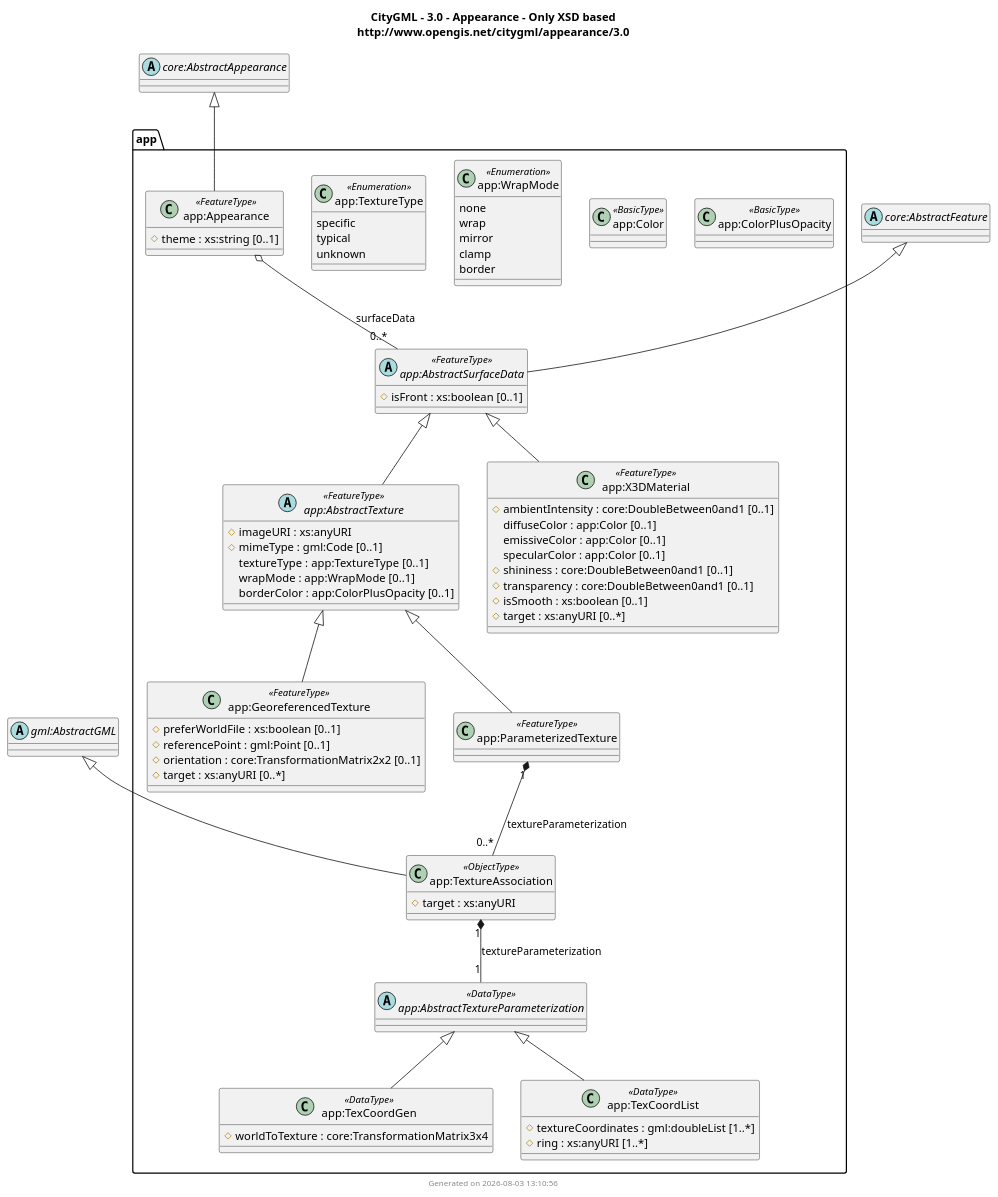
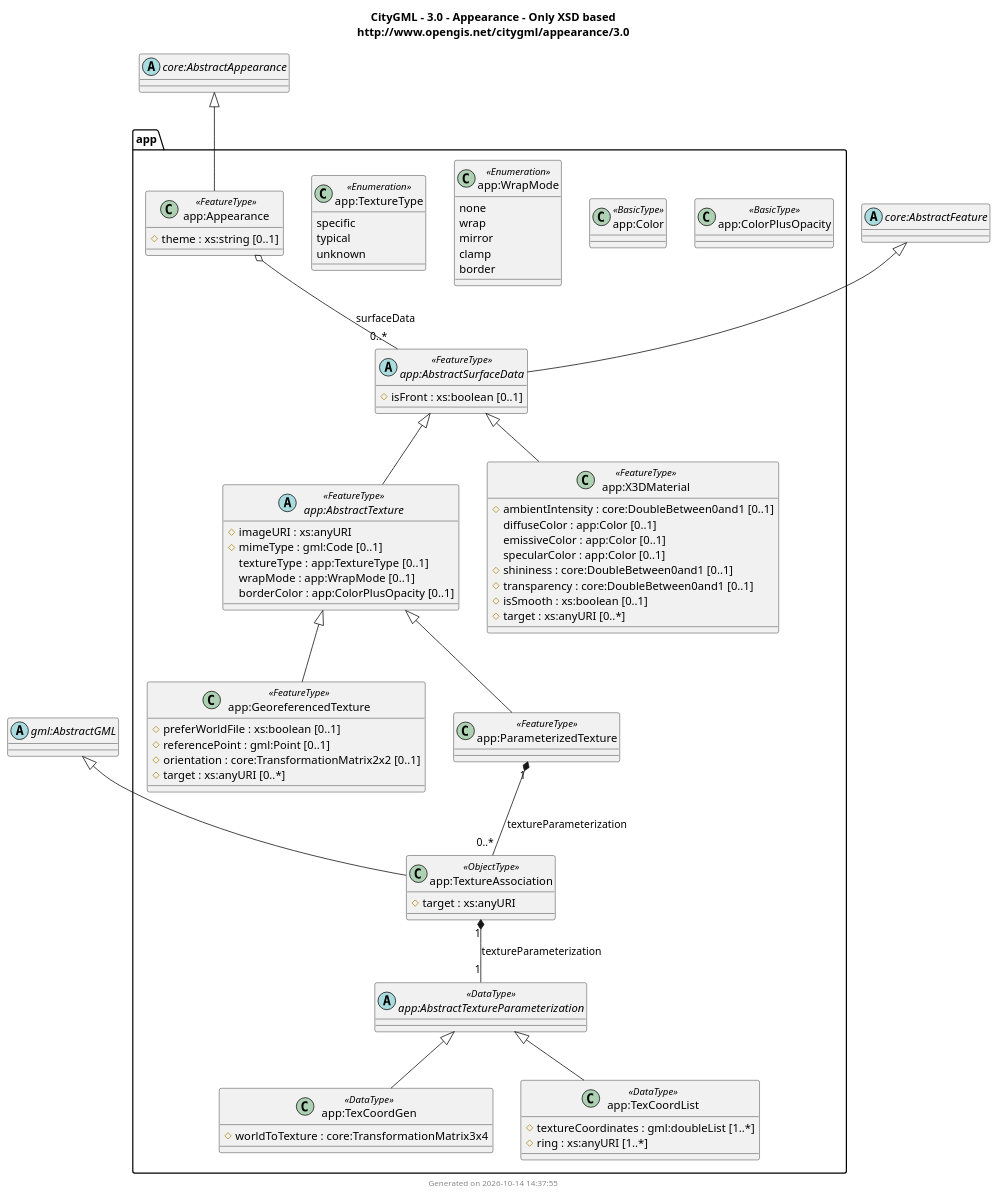
Before and after one commit to muratkendir/every-class: the diagram in docs/output/CityGML/3.0/UMLClassDiagram/appearance.puml, drawn with PlantUML. The commit also changed 39 other files, not shown here.

First line of the commit message:
Add xAL 3.0 suite, PlantUML namespace-safe aliases, inlined combined diagrams, and step 10 compilations

```diff
--- a/docs/output/CityGML/3.0/UMLClassDiagram/appearance.puml
+++ b/docs/output/CityGML/3.0/UMLClassDiagram/appearance.puml
@@ -1,166 +1,166 @@
 @startuml
 title
   CityGML - 3.0 - Appearance - Only XSD based
   http://www.opengis.net/citygml/appearance/3.0
 end title
 
 package app {
-abstract class "app:ADEOfAbstractSurfaceData" $adeOf
-class "app:ADEOfAbstractSurfaceDataProperty" $property $adeOf {
+abstract class "app:ADEOfAbstractSurfaceData" as app_ADEOfAbstractSurfaceData $adeOf
+class "app:ADEOfAbstractSurfaceDataProperty" as app_ADEOfAbstractSurfaceDataProperty $property $adeOf {
   ADEOfAbstractSurfaceData : app:ADEOfAbstractSurfaceData
 }
-abstract class "app:ADEOfAbstractTexture" $adeOf
-class "app:ADEOfAbstractTextureProperty" $property $adeOf {
+abstract class "app:ADEOfAbstractTexture" as app_ADEOfAbstractTexture $adeOf
+class "app:ADEOfAbstractTextureProperty" as app_ADEOfAbstractTextureProperty $property $adeOf {
   ADEOfAbstractTexture : app:ADEOfAbstractTexture
 }
-abstract class "app:ADEOfAppearance" $adeOf
-class "app:ADEOfAppearanceProperty" $property $adeOf {
+abstract class "app:ADEOfAppearance" as app_ADEOfAppearance $adeOf
+class "app:ADEOfAppearanceProperty" as app_ADEOfAppearanceProperty $property $adeOf {
   ADEOfAppearance : app:ADEOfAppearance
 }
-abstract class "app:ADEOfGeoreferencedTexture" $adeOf
-class "app:ADEOfGeoreferencedTextureProperty" $property $adeOf {
+abstract class "app:ADEOfGeoreferencedTexture" as app_ADEOfGeoreferencedTexture $adeOf
+class "app:ADEOfGeoreferencedTextureProperty" as app_ADEOfGeoreferencedTextureProperty $property $adeOf {
   ADEOfGeoreferencedTexture : app:ADEOfGeoreferencedTexture
 }
-abstract class "app:ADEOfParameterizedTexture" $adeOf
-class "app:ADEOfParameterizedTextureProperty" $property $adeOf {
+abstract class "app:ADEOfParameterizedTexture" as app_ADEOfParameterizedTexture $adeOf
+class "app:ADEOfParameterizedTextureProperty" as app_ADEOfParameterizedTextureProperty $property $adeOf {
   ADEOfParameterizedTexture : app:ADEOfParameterizedTexture
 }
-abstract class "app:ADEOfX3DMaterial" $adeOf
-class "app:ADEOfX3DMaterialProperty" $property $adeOf {
+abstract class "app:ADEOfX3DMaterial" as app_ADEOfX3DMaterial $adeOf
+class "app:ADEOfX3DMaterialProperty" as app_ADEOfX3DMaterialProperty $property $adeOf {
   ADEOfX3DMaterial : app:ADEOfX3DMaterial
 }
-abstract class "app:AbstractSurfaceData" <<FeatureType>> {
+abstract class "app:AbstractSurfaceData" as app_AbstractSurfaceData <<FeatureType>> {
   # isFront : xs:boolean [0..1]
   ~ adeOfAbstractSurfaceData : app:ADEOfAbstractSurfaceData [0..*]
 }
-class "app:AbstractSurfaceDataProperty" $property {
+class "app:AbstractSurfaceDataProperty" as app_AbstractSurfaceDataProperty $property {
   AbstractSurfaceData : app:AbstractSurfaceData
 }
-abstract class "app:AbstractTexture" <<FeatureType>> {
+abstract class "app:AbstractTexture" as app_AbstractTexture <<FeatureType>> {
   # imageURI : xs:anyURI
   # mimeType : gml:Code [0..1]
   textureType : app:TextureType [0..1]
   wrapMode : app:WrapMode [0..1]
   borderColor : app:ColorPlusOpacity [0..1]
   ~ adeOfAbstractTexture : app:ADEOfAbstractTexture [0..*]
 }
-class "app:AbstractTextureProperty" $property {
+class "app:AbstractTextureProperty" as app_AbstractTextureProperty $property {
   AbstractTexture : app:AbstractTexture
 }
-abstract class "app:AbstractTextureParameterization" <<DataType>>
-class "app:AbstractTextureParameterizationProperty" $property {
+abstract class "app:AbstractTextureParameterization" as app_AbstractTextureParameterization <<DataType>>
+class "app:AbstractTextureParameterizationProperty" as app_AbstractTextureParameterizationProperty $property {
   AbstractTextureParameterization : app:AbstractTextureParameterization
 }
-class "app:Appearance" <<FeatureType>> {
+class "app:Appearance" as app_Appearance <<FeatureType>> {
   # theme : xs:string [0..1]
   ~ adeOfAppearance : app:ADEOfAppearance [0..*]
 }
-class "app:AppearanceProperty" $property {
+class "app:AppearanceProperty" as app_AppearanceProperty $property {
   Appearance : app:Appearance
 }
-class "app:GeoreferencedTexture" <<FeatureType>> {
+class "app:GeoreferencedTexture" as app_GeoreferencedTexture <<FeatureType>> {
   # preferWorldFile : xs:boolean [0..1]
   # referencePoint : gml:Point [0..1]
   # orientation : core:TransformationMatrix2x2 [0..1]
   # target : xs:anyURI [0..*]
   ~ adeOfGeoreferencedTexture : app:ADEOfGeoreferencedTexture [0..*]
 }
-class "app:GeoreferencedTextureProperty" $property {
+class "app:GeoreferencedTextureProperty" as app_GeoreferencedTextureProperty $property {
   GeoreferencedTexture : app:GeoreferencedTexture
 }
-class "app:ParameterizedTexture" <<FeatureType>> {
+class "app:ParameterizedTexture" as app_ParameterizedTexture <<FeatureType>> {
   ~ adeOfParameterizedTexture : app:ADEOfParameterizedTexture [0..*]
 }
-class "app:ParameterizedTextureProperty" $property {
+class "app:ParameterizedTextureProperty" as app_ParameterizedTextureProperty $property {
   ParameterizedTexture : app:ParameterizedTexture
 }
-class "app:TexCoordGen" <<DataType>> {
+class "app:TexCoordGen" as app_TexCoordGen <<DataType>> {
   # worldToTexture : core:TransformationMatrix3x4
 }
-class "app:TexCoordGenProperty" $property {
+class "app:TexCoordGenProperty" as app_TexCoordGenProperty $property {
   TexCoordGen : app:TexCoordGen
 }
-class "app:TexCoordList" <<DataType>> {
+class "app:TexCoordList" as app_TexCoordList <<DataType>> {
   # textureCoordinates : gml:doubleList [1..*]
   # ring : xs:anyURI [1..*]
 }
-class "app:TexCoordListProperty" $property {
+class "app:TexCoordListProperty" as app_TexCoordListProperty $property {
   TexCoordList : app:TexCoordList
 }
-class "app:TextureAssociation" <<ObjectType>> {
+class "app:TextureAssociation" as app_TextureAssociation <<ObjectType>> {
   # target : xs:anyURI
 }
-class "app:TextureAssociationProperty" $property {
+class "app:TextureAssociationProperty" as app_TextureAssociationProperty $property {
   TextureAssociation : app:TextureAssociation
 }
-class "app:X3DMaterial" <<FeatureType>> {
+class "app:X3DMaterial" as app_X3DMaterial <<FeatureType>> {
   # ambientIntensity : core:DoubleBetween0and1 [0..1]
   diffuseColor : app:Color [0..1]
   emissiveColor : app:Color [0..1]
   specularColor : app:Color [0..1]
   # shininess : core:DoubleBetween0and1 [0..1]
   # transparency : core:DoubleBetween0and1 [0..1]
   # isSmooth : xs:boolean [0..1]
   # target : xs:anyURI [0..*]
   ~ adeOfX3DMaterial : app:ADEOfX3DMaterial [0..*]
 }
-class "app:X3DMaterialProperty" $property {
+class "app:X3DMaterialProperty" as app_X3DMaterialProperty $property {
   X3DMaterial : app:X3DMaterial
 }
 
 ' Simple types (from <simpleType> declarations)
-class "app:Color" <<BasicType>>
-class "app:ColorPlusOpacity" <<BasicType>>
-class "app:TextureType" <<Enumeration>> {
+class "app:Color" as app_Color <<BasicType>>
+class "app:ColorPlusOpacity" as app_ColorPlusOpacity <<BasicType>>
+class "app:TextureType" as app_TextureType <<Enumeration>> {
   specific
   typical
   unknown
 }
-class "app:WrapMode" <<Enumeration>> {
+class "app:WrapMode" as app_WrapMode <<Enumeration>> {
   none
   wrap
   mirror
   clamp
   border
 }
 }
 
 ' External types (unresolved namespaces)
-abstract class "core:AbstractAppearance"
-abstract class "core:AbstractFeature"
-abstract class "gml:AbstractGML"
+abstract class "core:AbstractAppearance" as core_AbstractAppearance
+abstract class "core:AbstractFeature" as core_AbstractFeature
+abstract class "gml:AbstractGML" as gml_AbstractGML
 
-"core:AbstractFeature" <|-- "app:AbstractSurfaceData"
-"app:AbstractSurfaceData" <|-- "app:AbstractTexture"
-"core:AbstractAppearance" <|-- "app:Appearance"
-"app:AbstractTexture" <|-- "app:GeoreferencedTexture"
-"app:AbstractTexture" <|-- "app:ParameterizedTexture"
-"app:AbstractTextureParameterization" <|-- "app:TexCoordGen"
-"app:AbstractTextureParameterization" <|-- "app:TexCoordList"
-"gml:AbstractGML" <|-- "app:TextureAssociation"
-"app:AbstractSurfaceData" <|-- "app:X3DMaterial"
+"core_AbstractFeature" <|-- "app_AbstractSurfaceData"
+"app_AbstractSurfaceData" <|-- "app_AbstractTexture"
+"core_AbstractAppearance" <|-- "app_Appearance"
+"app_AbstractTexture" <|-- "app_GeoreferencedTexture"
+"app_AbstractTexture" <|-- "app_ParameterizedTexture"
+"app_AbstractTextureParameterization" <|-- "app_TexCoordGen"
+"app_AbstractTextureParameterization" <|-- "app_TexCoordList"
+"gml_AbstractGML" <|-- "app_TextureAssociation"
+"app_AbstractSurfaceData" <|-- "app_X3DMaterial"
 
 ' Class relations (promoted from property wrappers)
-"app:Appearance" o-- "0..*" "app:AbstractSurfaceData" : surfaceData
-"app:ParameterizedTexture" "1" *-- "0..*" "app:TextureAssociation" : textureParameterization
-"app:TextureAssociation" "1" *-- "1" "app:AbstractTextureParameterization" : textureParameterization
+"app_Appearance" o-- "0..*" "app_AbstractSurfaceData" : surfaceData
+"app_ParameterizedTexture" "1" *-- "0..*" "app_TextureAssociation" : textureParameterization
+"app_TextureAssociation" "1" *-- "1" "app_AbstractTextureParameterization" : textureParameterization
 
 ' ADE hook classes are removed from rendering by default;
 ' remove the next line to show them.
 remove $adeOf
 
 ' Property pseudo-classes are removed from rendering by default;
 ' remove the next line to show them.
 remove $property
 
 ' ADE hook attributes are marked as package members (~ ) and
 ' hidden from rendering by default; remove the next line to show them.
 hide package members
 
 ' Attributes with value types from other namespaces are marked as
 ' protected members (# ) and shown by default; uncomment the next
 ' line to hide them.
 ' hide protected members
 
-footer Generated on 2026-08-03 13:10:56
+footer Generated on 2026-10-14 14:37:55
 @enduml
```
